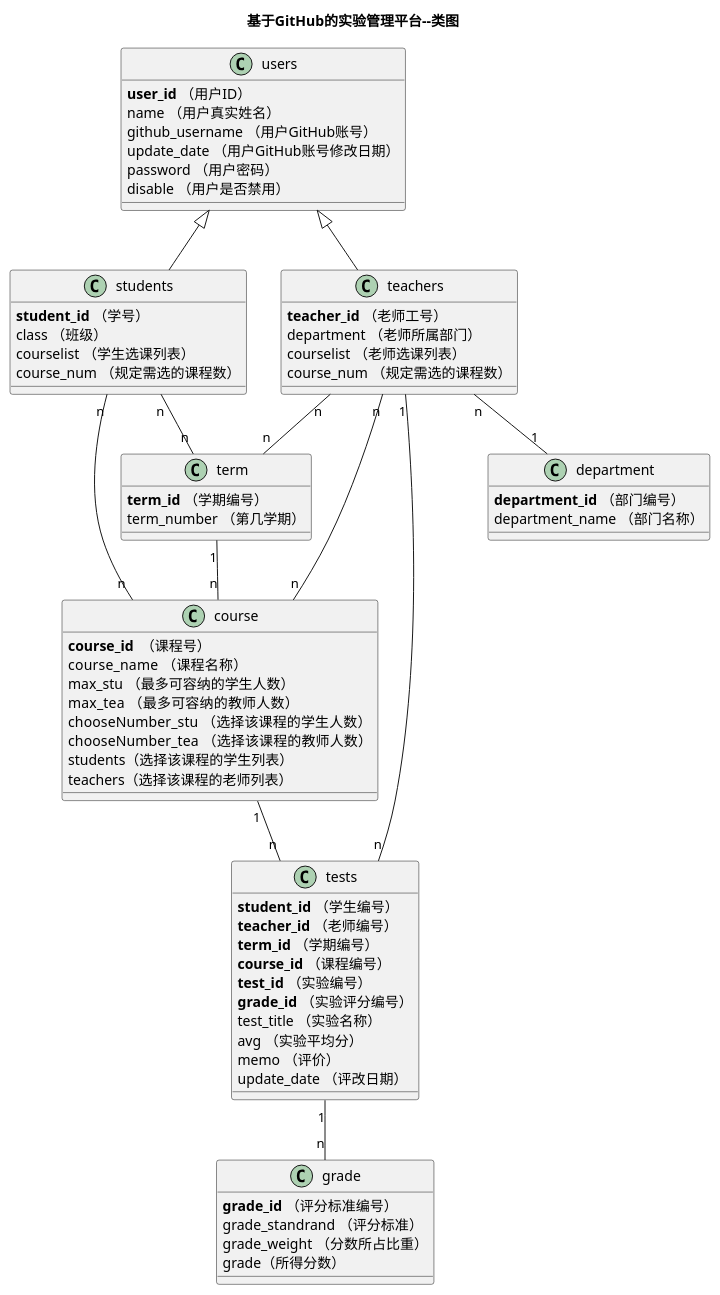
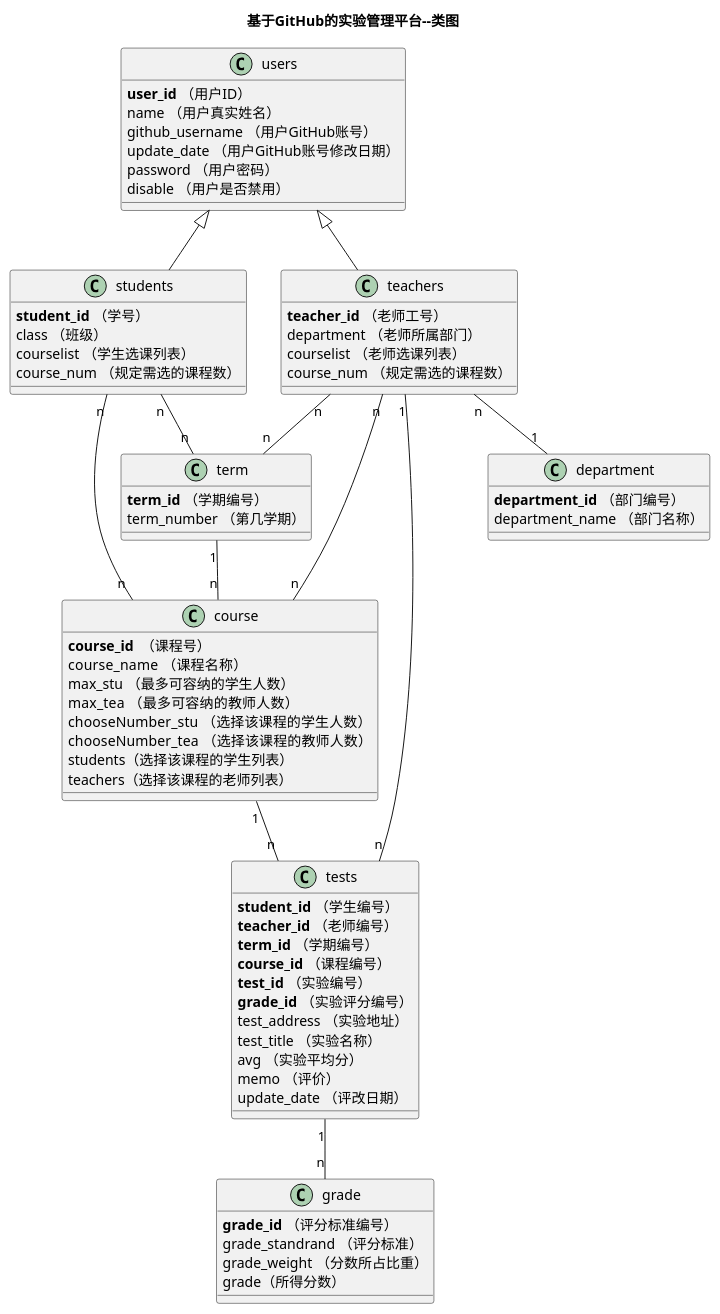
Before and after one commit to 201510414128/is_analysis-1: the diagram in test6/src/class.puml, drawn with PlantUML.

```diff
--- a/test6/src/class.puml
+++ b/test6/src/class.puml
@@ -1,71 +1,72 @@
 @startuml
 title 基于GitHub的实验管理平台--类图
 class users {
     <b>user_id</b> （用户ID）
     name （用户真实姓名）
     github_username （用户GitHub账号）
     update_date （用户GitHub账号修改日期）
     password （用户密码）
     disable （用户是否禁用）
 }
 class teachers{
     <b>teacher_id</b> （老师工号）
     department （老师所属部门）
     courselist （老师选课列表）
     course_num （规定需选的课程数）
 }
 class students{
     <b>student_id</b> （学号）
     class （班级）
     courselist （学生选课列表）
     course_num （规定需选的课程数）
 }
 users <|- students
 users <|-- teachers
 class course{
     <b>course_id</b>  （课程号）
     course_name  （课程名称）
     max_stu （最多可容纳的学生人数）
     max_tea  （最多可容纳的教师人数）
     chooseNumber_stu  （选择该课程的学生人数）
     chooseNumber_tea  （选择该课程的教师人数）
     students（选择该课程的学生列表）
     teachers（选择该课程的老师列表）
 }
 class grade {
     <b>grade_id</b> （评分标准编号）
     grade_standrand （评分标准）
     grade_weight （分数所占比重）
     grade（所得分数）
 }
 class tests {
     <b>student_id</b> （学生编号）
     <b>teacher_id</b> （老师编号）
     <b>term_id</b> （学期编号）
     <b>course_id</b> （课程编号）
     <b>test_id</b> （实验编号）
     <b>grade_id</b> （实验评分编号）
+    test_address （实验地址）
     test_title （实验名称）
     avg （实验平均分）
     memo （评价）
     update_date （评改日期）
 }
 class term{
     <b>term_id</b> （学期编号）
     term_number （第几学期）
 }
 class department{
     <b>department_id</b> （部门编号）
     department_name （部门名称）
 }
 students "n" -- "n"  course
 tests "1" -- "n"  grade
 course "1" -- "n"  tests
 teachers "n" -- "n"  course
 term "1" -- "n"  course
 students "n" -- "n"  term
 teachers "n" -- "n"  term
 teachers "n" -- "1"  department
 teachers "1" -- "n"  tests
 
 @enduml
```
